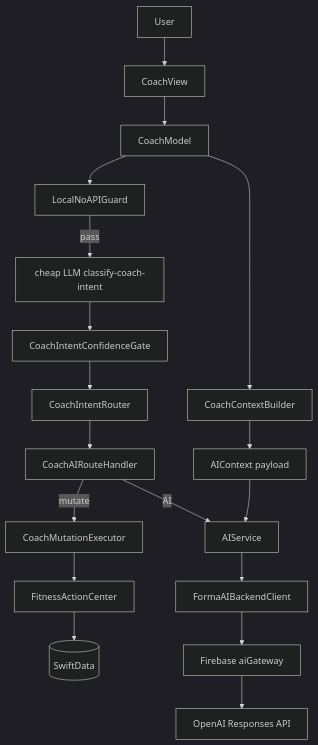
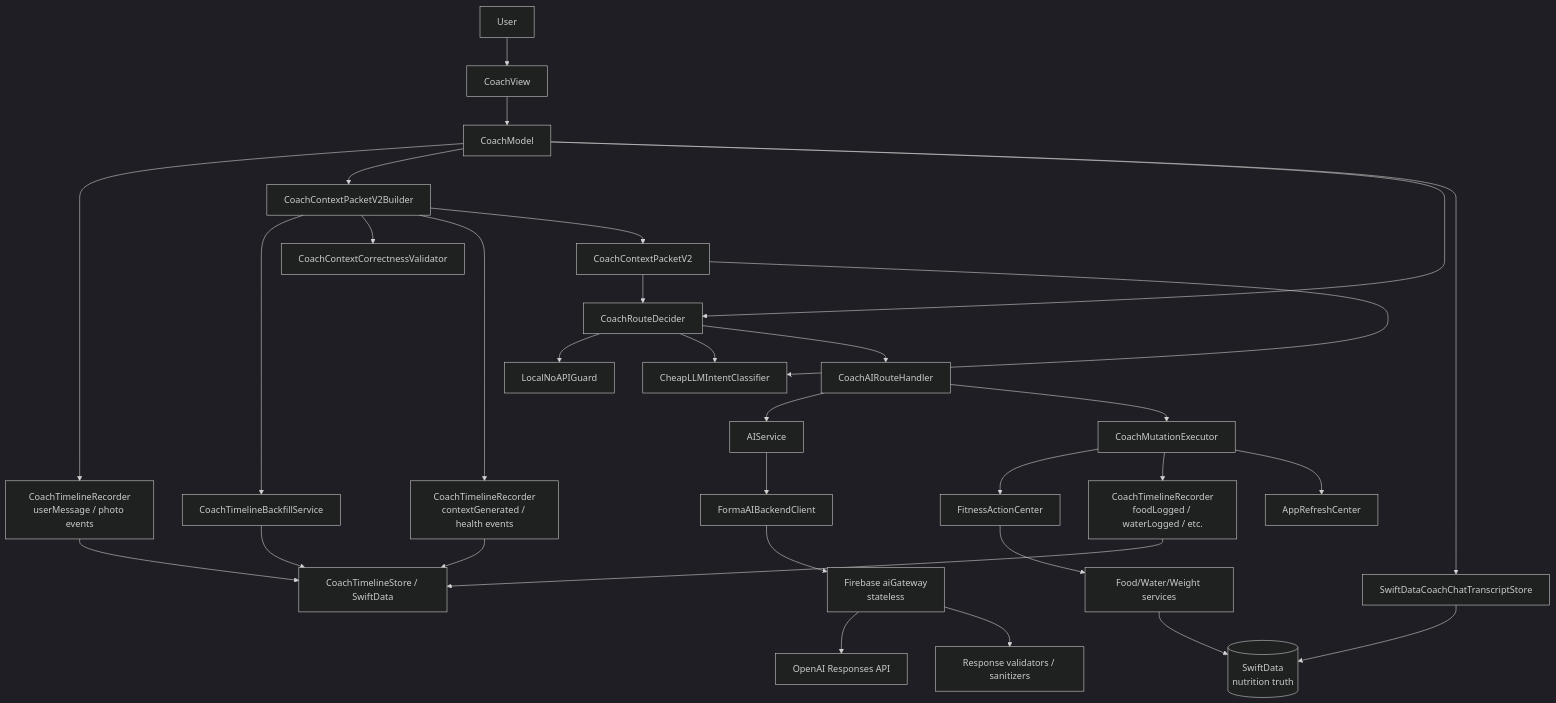
Before and after one commit to isaacchua0309/FitnessCoach: the first of 9 diagrams in Docs/Coach/COACH_FULL_CONTEXT_PACKET.md, drawn with Mermaid (dark theme). The commit also changed other lines of this file and 28 other files, not shown here.

First line of the commit message:
Fix post-v2 build errors and update Coach context documentation.

````diff
--- a/Docs/Coach/COACH_FULL_CONTEXT_PACKET.md
+++ b/Docs/Coach/COACH_FULL_CONTEXT_PACKET.md
@@ -38,20 +102,34 @@
 ```mermaid
 flowchart TD
     User[User] --> CV[CoachView]
     CV --> CM[CoachModel]
-    CM --> Guard[LocalNoAPIGuard]
-    Guard -->|pass| Classify[cheap LLM classify-coach-intent]
-    Classify --> Gate[CoachIntentConfidenceGate]
-    Gate --> Router[CoachIntentRouter]
-    Router --> Handler[CoachAIRouteHandler]
-    Handler -->|mutate| ME[CoachMutationExecutor]
-    Handler -->|AI| AIS[AIService]
-    AIS --> Client[FormaAIBackendClient]
-    Client --> GW[Firebase aiGateway]
+    CM --> TR1[CoachTimelineRecorder<br/>userMessage / photo events]
+    TR1 --> TS[CoachTimelineStore / SwiftData]
+    CM --> CCB[CoachContextPacketV2Builder]
+    CCB --> BF[CoachTimelineBackfillService]
+    BF --> TS
+    CCB --> VAL[CoachContextCorrectnessValidator]
+    CCB --> TR2[CoachTimelineRecorder<br/>contextGenerated / health events]
+    TR2 --> TS
+    CCB --> PKT[CoachContextPacketV2]
+    CM --> RD[CoachRouteDecider]
+    RD --> LNG[LocalNoAPIGuard]
+    RD --> CLS[CheapLLMIntentClassifier]
+    PKT --> RD
+    PKT --> CLS
+    RD --> RH[CoachAIRouteHandler]
+    RH --> AIS[AIService]
+    AIS --> FAC[FormaAIBackendClient]
+    FAC --> GW[Firebase aiGateway<br/>stateless]
     GW --> OAI[OpenAI Responses API]
+    GW --> VALR[Response validators / sanitizers]
+    RH --> ME[CoachMutationExecutor]
     ME --> AC[FitnessActionCenter]
-    AC --> SD[(SwiftData)]
-    CM --> CCB[CoachContextBuilder]
-    CCB --> CTX[AIContext payload]
-    CTX --> AIS
+    AC --> FLS[Food/Water/Weight services]
+    FLS --> SD[(SwiftData<br/>nutrition truth)]
+    ME --> TR3[CoachTimelineRecorder<br/>foodLogged / waterLogged / etc.]
+    TR3 --> TS
+    ME --> ARC[AppRefreshCenter]
+    CM --> CTS[SwiftDataCoachChatTranscriptStore]
+    CTS --> SD
 ```
````
